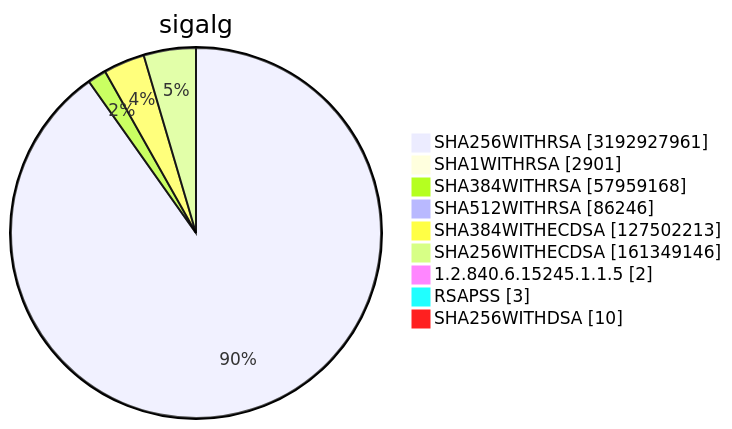
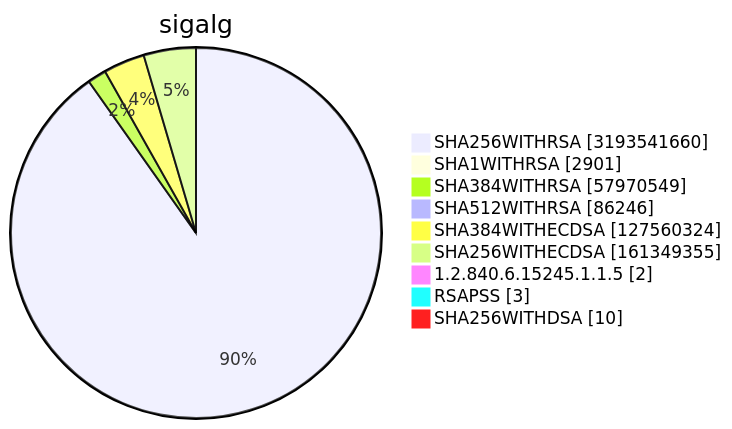
Before and after one commit to christiankrug/ctmonitor_visualization: diagram 15 of 15 in TOTAL/README.md, drawn with Mermaid. The commit also changed other lines of this file, not shown here.

````diff
--- a/TOTAL/README.md
+++ b/TOTAL/README.md
@@ -6216,13 +6216,13 @@
 ```mermaid
 pie showData
 title sigalg
-"SHA256WITHRSA" :3192927961
+"SHA256WITHRSA" :3193541660
 "SHA1WITHRSA" :2901
-"SHA384WITHRSA" :57959168
+"SHA384WITHRSA" :57970549
 "SHA512WITHRSA" :86246
-"SHA384WITHECDSA" :127502213
-"SHA256WITHECDSA" :161349146
+"SHA384WITHECDSA" :127560324
+"SHA256WITHECDSA" :161349355
 "1.2.840.6.15245.1.1.5" :2
 "RSAPSS" :3
 "SHA256WITHDSA" :10
 ```
````
